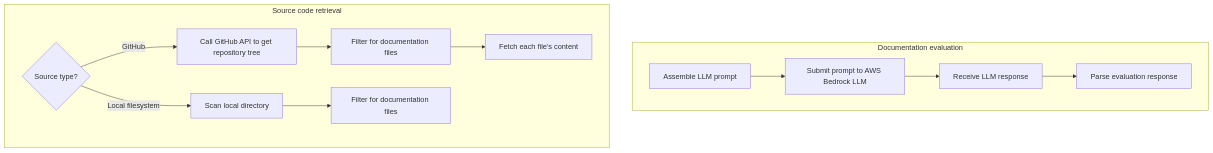
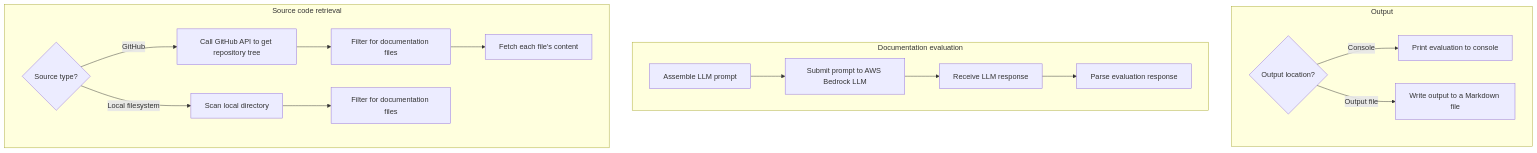
One commit to guardian/hackday-ever-elusive-kudo changed the second of 2 diagrams in README.md. Above: the diagram before and after it, drawn with Mermaid. The commit also changed other lines of this file and 10 other files, not shown here.

First line of the commit message:
Add support for markdown file output

````diff
--- a/README.md
+++ b/README.md
@@ -73,22 +76,28 @@
 ```mermaid
 flowchart TD
+    subgraph output["Output"]
+        OutputDecision{Output location?}
+        OutputDecision -->|Console| A1["Print evaluation to console"]
+        OutputDecision -->|Output file| A12["Write output to a Markdown file"]
+    end
+
     subgraph docsEvaluation["Documentation evaluation"]
         D["Assemble LLM prompt"]
         D --> E["Submit prompt to AWS Bedrock LLM"]
         E --> F["Receive LLM response"]
         F --> G["Parse evaluation response"]
     end
 
     subgraph sourceCodeRetrieval["Source code retrieval"]
         ExtractDecision{Source type?}
 
         %% GitHub
-        ExtractDecision -->|GitHub| A1["Call GitHub API to get repository tree"]
-        A1 --> B1["Filter for documentation files"]
-        B1 --> C1["Fetch each file's content"]
+        ExtractDecision -->|GitHub| H1["Call GitHub API to get repository tree"]
+        H1 --> I1["Filter for documentation files"]
+        I1 --> J1["Fetch each file's content"]
 
         %% Local filesystem
-        ExtractDecision -->|Local filesystem| A2["Scan local directory"]
-        A2 --> B2["Filter for documentation files"]
+        ExtractDecision -->|Local filesystem| H2["Scan local directory"]
+        H2 --> I2["Filter for documentation files"]
     end
 ```
````
